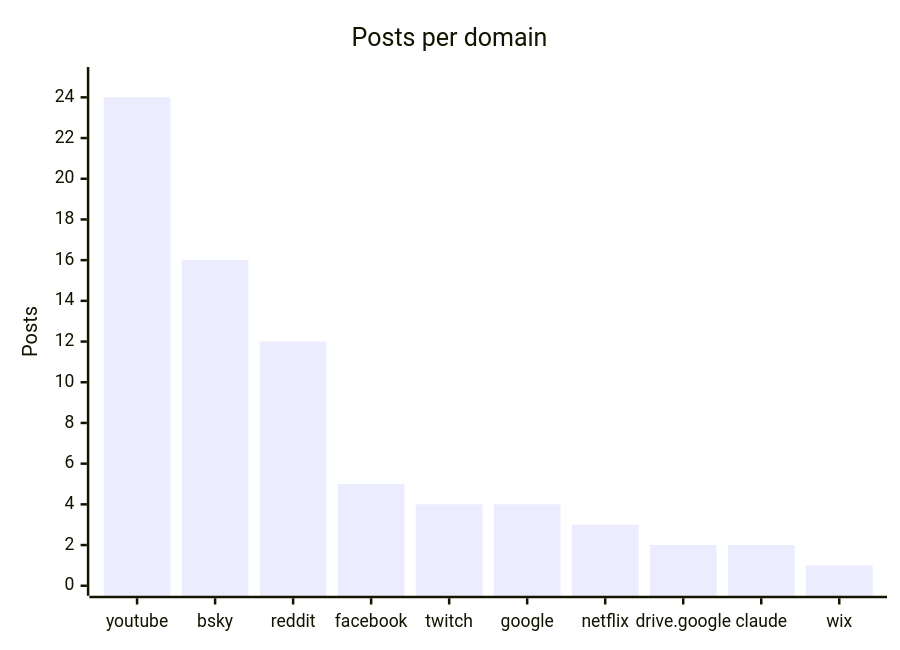
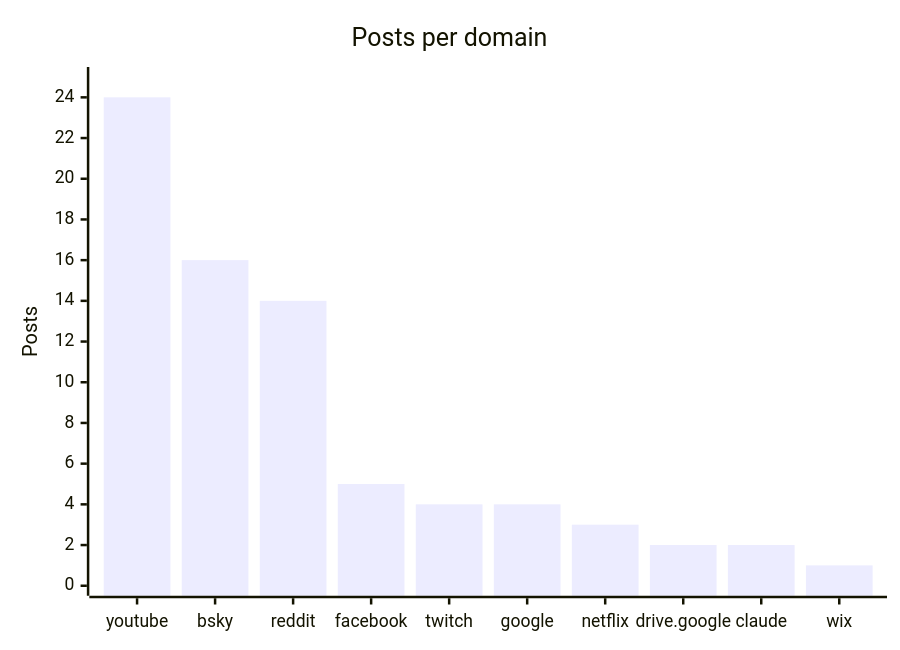
The fourth of 4 diagrams in README.md (martinbalfanz/social-scanner-reports), drawn with Mermaid before and after one commit. The commit also changed other lines of this file and 2 other files, not shown here.

````diff
--- a/README.md
+++ b/README.md
@@ -58,7 +58,7 @@
 ```mermaid
 xychart-beta
     title "Posts per domain"
     x-axis ["youtube", "bsky", "reddit", "facebook", "twitch", "google", "netflix", "drive.google", "claude", "wix"]
     y-axis "Posts" 0 --> 25
-    bar [24, 16, 12, 5, 4, 4, 3, 2, 2, 1]
+    bar [24, 16, 14, 5, 4, 4, 3, 2, 2, 1]
 ```
````
